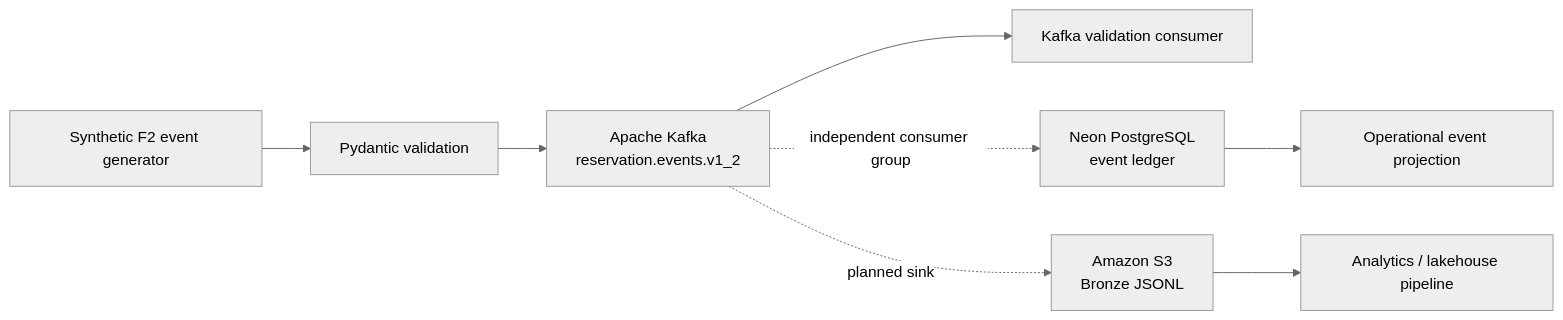
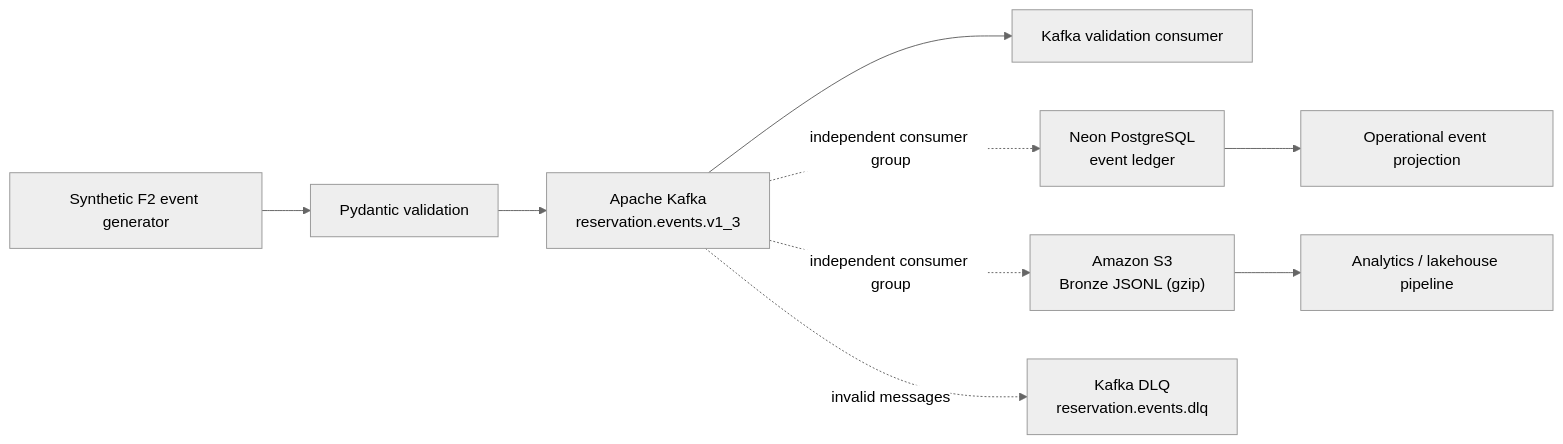
One commit to HospedaPlus/buenavista-streaming changed the diagram in README.md. Above: the diagram before and after it, drawn with Mermaid (neutral theme). The commit also changed other lines of this file and 18 other files, not shown here.

First line of the commit message:
feat(f2): contrato 1.3, demanda calibrada, modo continuo, DLQ y sink a S3 Bronze

````diff
--- a/README.md
+++ b/README.md
@@ -40,10 +40,11 @@
 ```mermaid
 flowchart LR
     A["Synthetic F2 event generator"] --> B["Pydantic validation"]
-    B --> C["Apache Kafka<br/>reservation.events.v1_2"]
+    B --> C["Apache Kafka<br/>reservation.events.v1_3"]
     C --> D["Kafka validation consumer"]
     C -. "independent consumer group" .-> E["Neon PostgreSQL<br/>event ledger"]
-    C -. "planned sink" .-> F["Amazon S3<br/>Bronze JSONL"]
+    C -. "independent consumer group" .-> F["Amazon S3<br/>Bronze JSONL (gzip)"]
+    C -. "invalid messages" .-> X["Kafka DLQ<br/>reservation.events.dlq"]
     E --> G["Operational event projection"]
     F --> H["Analytics / lakehouse pipeline"]
 ```
````
